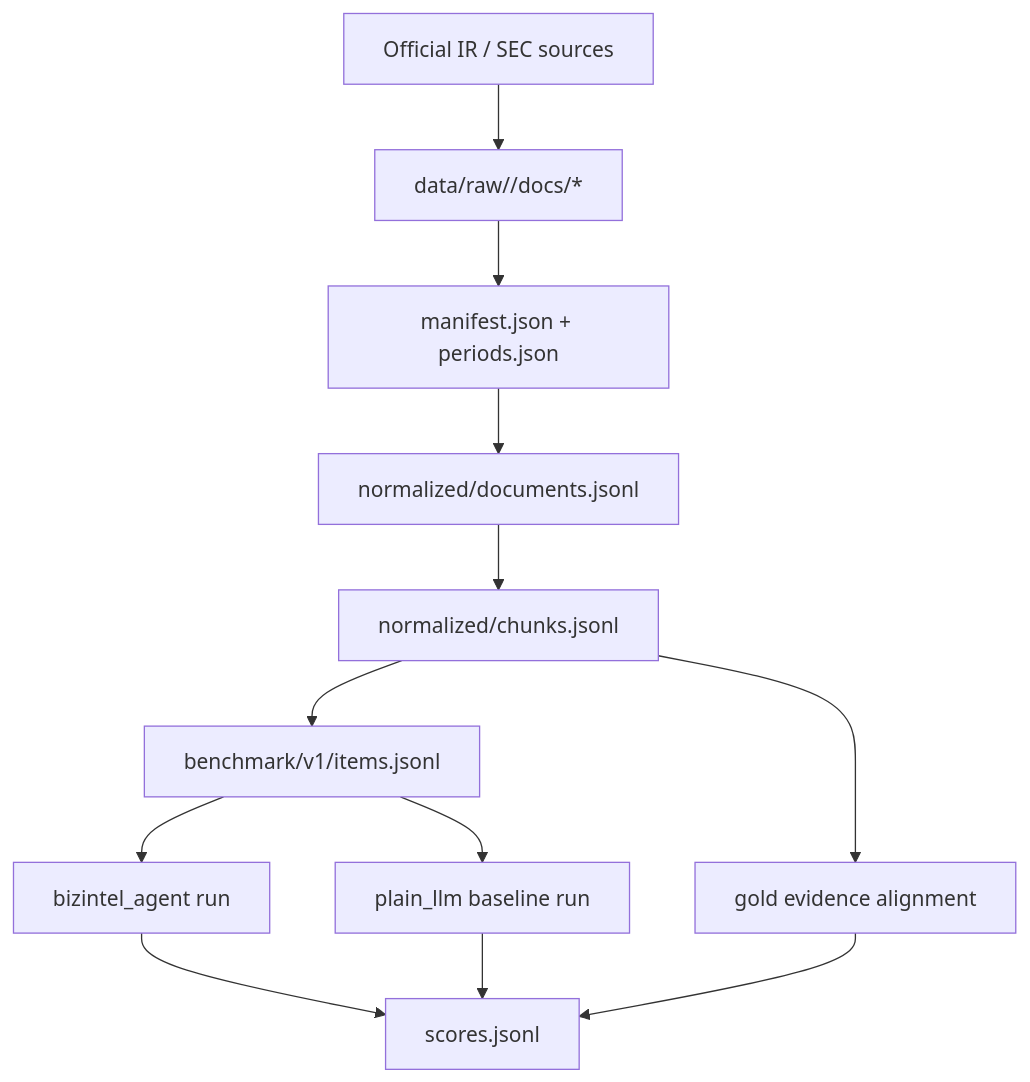
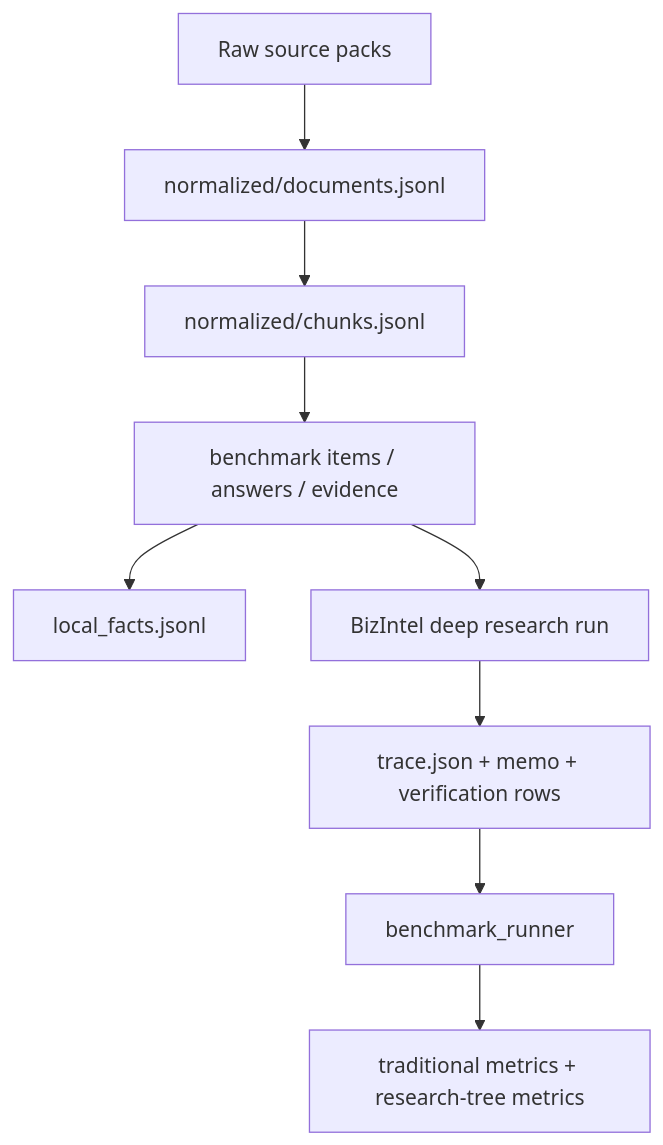
Before and after one commit to zuesjiang-cyber/bizintel-agent: the diagram in data/benchmark/README.md, drawn with Mermaid. The commit also changed other lines of this file and 31 other files, not shown here.

Commit message:
refactor into trust-first deep research controller

````diff
--- a/data/benchmark/README.md
+++ b/data/benchmark/README.md
@@ -63,14 +52,11 @@
 ```mermaid
 flowchart TD
-    A["Official IR / SEC sources"] --> B["data/raw/<company>/docs/*"]
-    B --> C["manifest.json + periods.json"]
-    C --> D["normalized/documents.jsonl"]
-    D --> E["normalized/chunks.jsonl"]
-    E --> F["benchmark/v1/items.jsonl"]
-    F --> G["bizintel_agent run"]
-    F --> H["plain_llm baseline run"]
-    E --> I["gold evidence alignment"]
-    G --> J["scores.jsonl"]
-    H --> J
-    I --> J
+    A["Raw source packs"] --> B["normalized/documents.jsonl"]
+    B --> C["normalized/chunks.jsonl"]
+    C --> D["benchmark items / answers / evidence"]
+    D --> E["local_facts.jsonl"]
+    D --> F["BizIntel deep research run"]
+    F --> G["trace.json + memo + verification rows"]
+    G --> H["benchmark_runner"]
+    H --> I["traditional metrics + research-tree metrics"]
 ```
````
